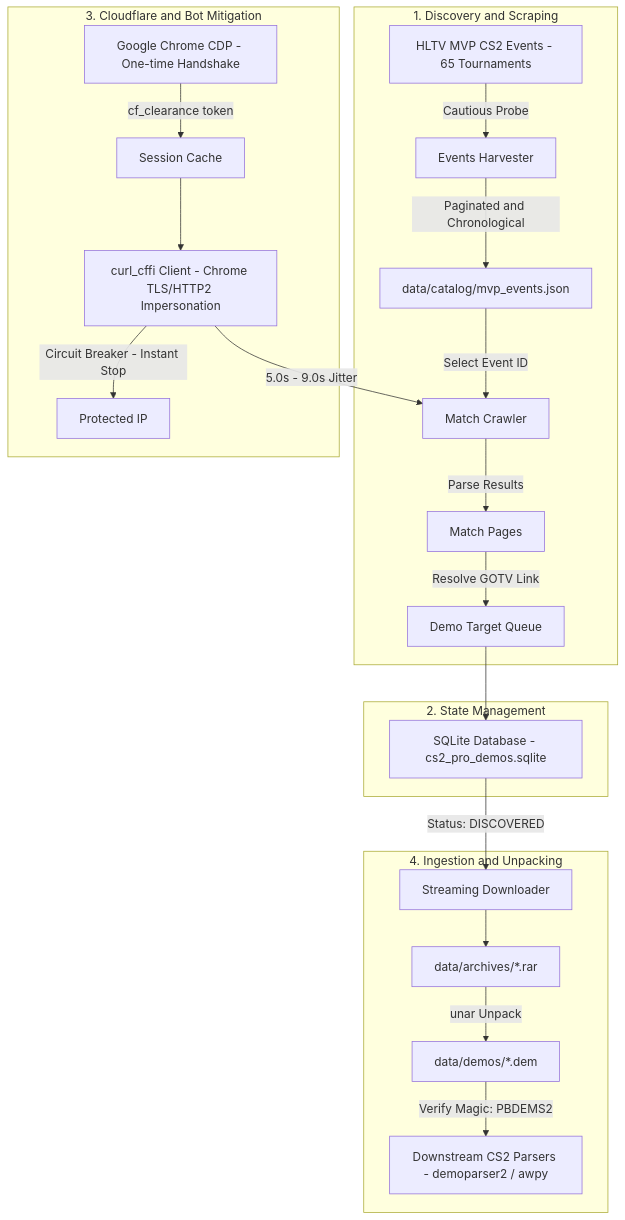
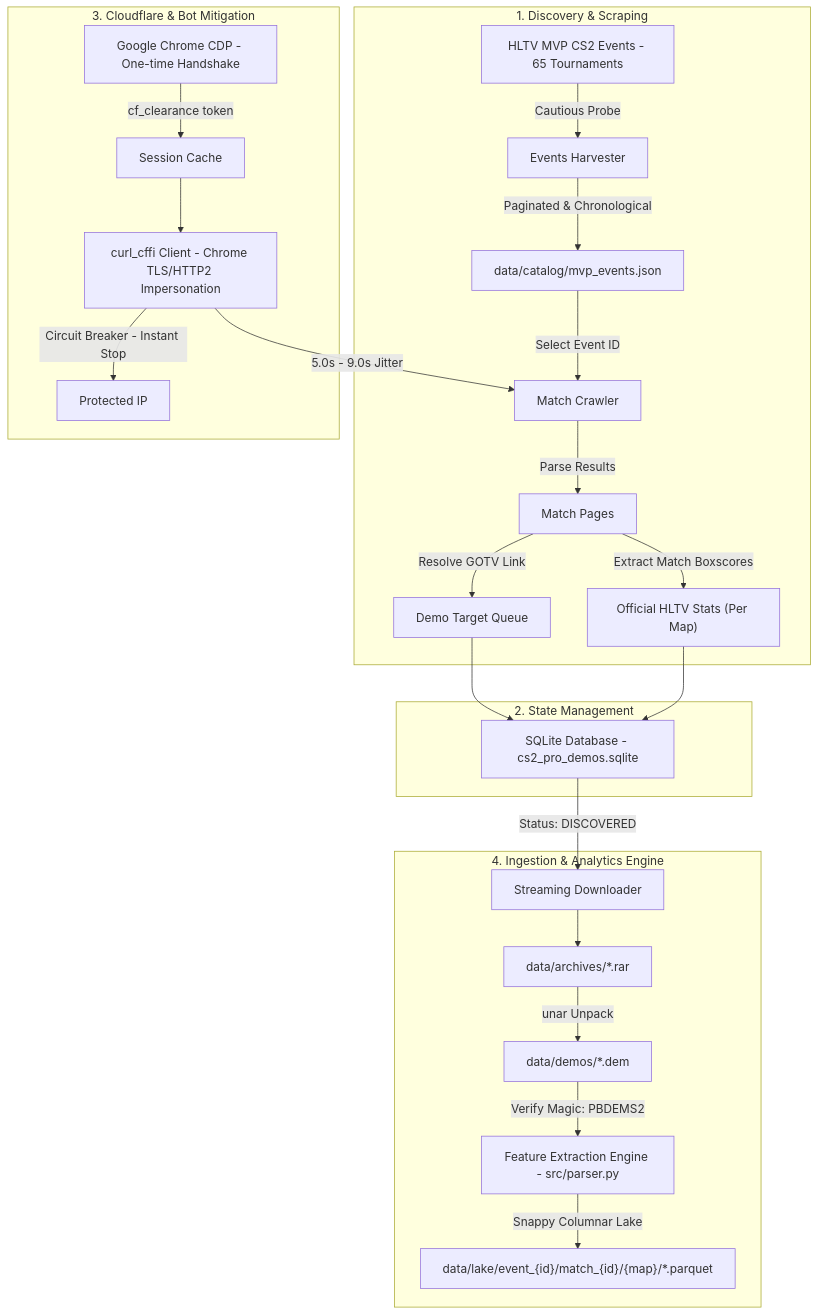
The diagram in README.md (jacekasen/cs2), drawn with Mermaid before and after one commit. The commit also changed other lines of this file, not shown here.

Commit message:
docs: update readme with parquet lake, parser engine, and hltv stats schema

````diff
--- a/README.md
+++ b/README.md
@@ -11,28 +11,31 @@
 ```mermaid
 flowchart TD
-    subgraph Discovery ["1. Discovery and Scraping"]
+    subgraph Discovery ["1. Discovery & Scraping"]
         A["HLTV MVP CS2 Events - 65 Tournaments"] -->|Cautious Probe| B["Events Harvester"]
-        B -->|Paginated and Chronological| C["data/catalog/mvp_events.json"]
+        B -->|Paginated & Chronological| C["data/catalog/mvp_events.json"]
         C -->|Select Event ID| D["Match Crawler"]
         D -->|Parse Results| E["Match Pages"]
         E -->|Resolve GOTV Link| F["Demo Target Queue"]
+        E -->|Extract Match Boxscores| S["Official HLTV Stats (Per Map)"]
     end
 
     subgraph Catalog ["2. State Management"]
         F --> G["SQLite Database - cs2_pro_demos.sqlite"]
+        S --> G
     end
 
-    subgraph Defense ["3. Cloudflare and Bot Mitigation"]
+    subgraph Defense ["3. Cloudflare & Bot Mitigation"]
         H["Google Chrome CDP - One-time Handshake"] -->|cf_clearance token| I["Session Cache"]
         I --> J["curl_cffi Client - Chrome TLS/HTTP2 Impersonation"]
         J -->|5.0s - 9.0s Jitter| D
         J -->|Circuit Breaker - Instant Stop| K["Protected IP"]
     end
 
-    subgraph Processing ["4. Ingestion and Unpacking"]
+    subgraph Processing ["4. Ingestion & Analytics Engine"]
         G -->|Status: DISCOVERED| L["Streaming Downloader"]
         L --> M["data/archives/*.rar"]
         M -->|unar Unpack| N["data/demos/*.dem"]
-        N -->|Verify Magic: PBDEMS2| O["Downstream CS2 Parsers - demoparser2 / awpy"]
+        N -->|Verify Magic: PBDEMS2| O["Feature Extraction Engine - src/parser.py"]
+        O -->|Snappy Columnar Lake| P["data/lake/event_{id}/match_{id}/{map}/*.parquet"]
     end
 ```
````
